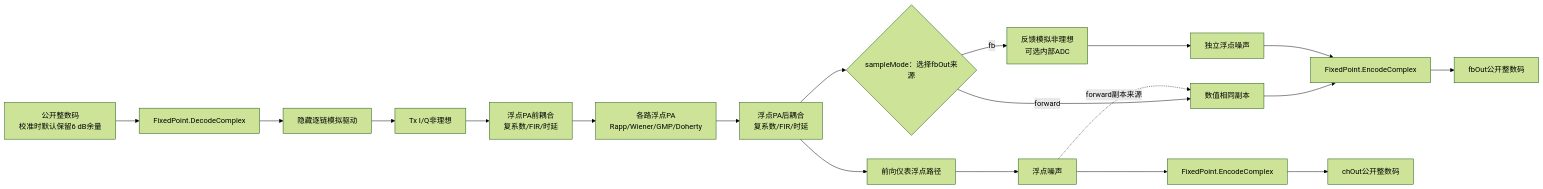
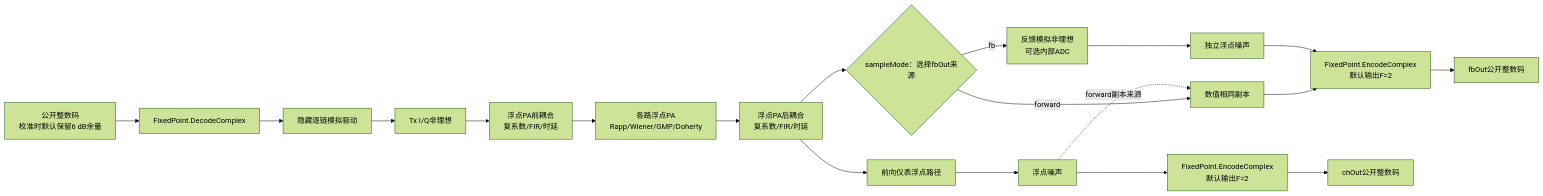
The third of 4 diagrams in doc/FixedPoint.md (niyilu45/DPD_ILC), drawn with Mermaid (forest theme) before and after one commit. The commit also changed other lines of this file and 45 other files, not shown here.

````diff
--- a/doc/FixedPoint.md
+++ b/doc/FixedPoint.md
@@ -210,21 +241,21 @@
 ```mermaid
 flowchart LR
     publicInput["公开整数码<br/>校准时默认保留6 dB余量"] --> decode["FixedPoint.DecodeComplex"]
     decode --> analogDrive["隐藏逐链模拟驱动"]
     analogDrive --> txIq["Tx I/Q非理想"]
     txIq --> pre["浮点PA前耦合<br/>复系数/FIR/时延"]
     pre --> pa["各路浮点PA<br/>Rapp/Wiener/GMP/Doherty"]
     pa --> post["浮点PA后耦合<br/>复系数/FIR/时延"]
     post --> forward["前向仪表浮点路径"]
     forward --> forwardNoise["浮点噪声"]
     post --> sampleMode{"sampleMode：选择fbOut来源"}
     sampleMode -->|forward| copy["数值相同副本"]
     sampleMode -->|fb| fb["反馈模拟非理想<br/>可选内部ADC"]
     forwardNoise -. "forward副本来源" .-> copy
     fb --> feedbackNoise["独立浮点噪声"]
-    forwardNoise --> encodeCh["FixedPoint.EncodeComplex"]
+    forwardNoise --> encodeCh["FixedPoint.EncodeComplex<br/>默认输出F=2"]
     copy --> encodeFb
-    feedbackNoise --> encodeFb["FixedPoint.EncodeComplex"]
+    feedbackNoise --> encodeFb["FixedPoint.EncodeComplex<br/>默认输出F=2"]
     encodeCh --> chOut["chOut公开整数码"]
     encodeFb --> fbOut["fbOut公开整数码"]
 ```
````
